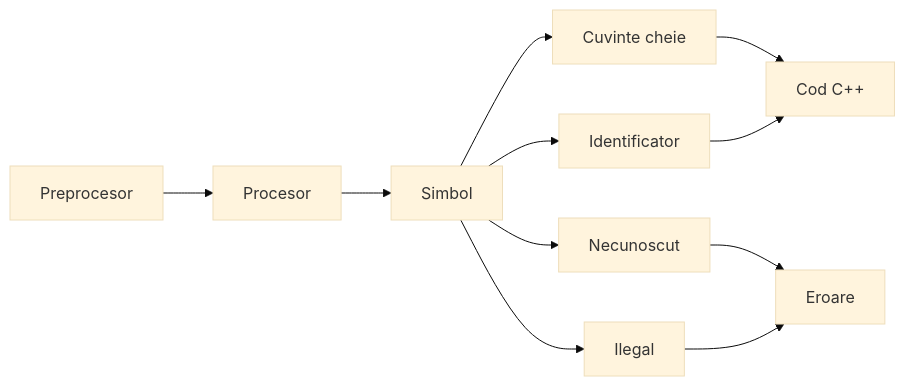
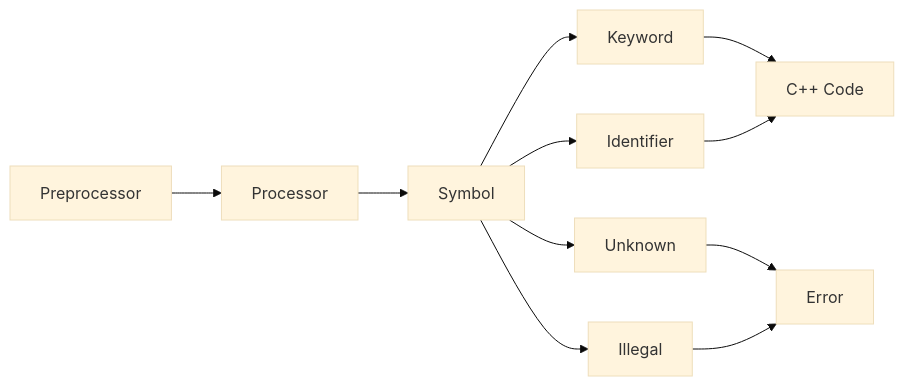
Before and after one commit to Ropler6/PseudoPlusPlus: the first of 3 diagrams in README.md, drawn with Mermaid (base theme). The commit also changed other lines of this file, not shown here.

````diff
--- a/README.md
+++ b/README.md
@@ -147,17 +26,17 @@
 ```mermaid
 graph LR
-    pre["Preprocesor"]
-    pro["Procesor"]
-    simbol["Simbol"]
-    necunoscut["Necunoscut"]
-    ilegal["Ilegal"]
-    identif["Identificator"]
-    cpp["Cod C++"]
-    eroare["Eroare"]
-    cc["Cuvinte cheie"]
+    pre["Preprocessor"]
+    pro["Processor"]
+    simbol["Symbol"]
+    necunoscut["Unknown"]
+    ilegal["Illegal"]
+    identif["Identifier"]
+    cpp["C++ Code"]
+    eroare["Error"]
+    cc["Keyword"]
 
     pre --> pro
     pro --> simbol
     simbol --> cc & identif --> cpp
     simbol --> necunoscut & ilegal --> eroare
 ```
````
